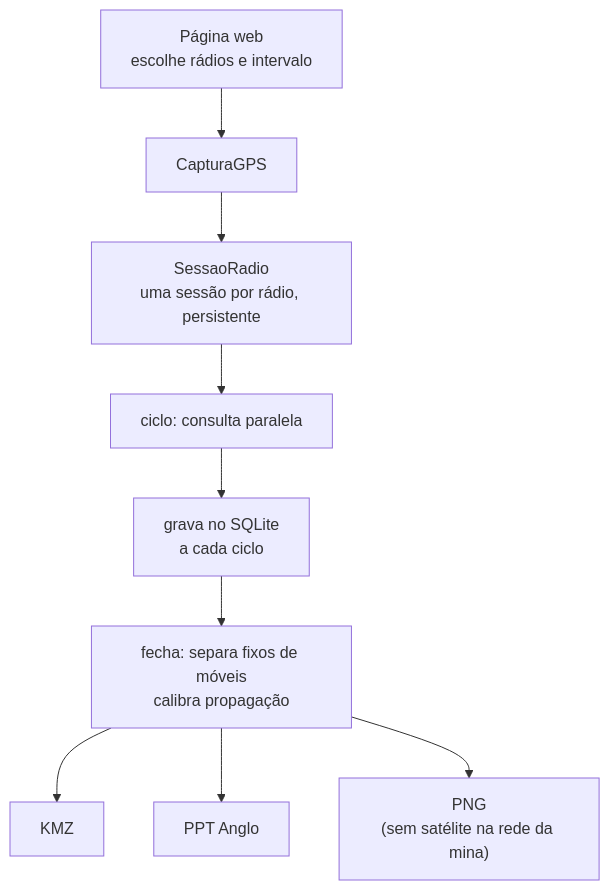
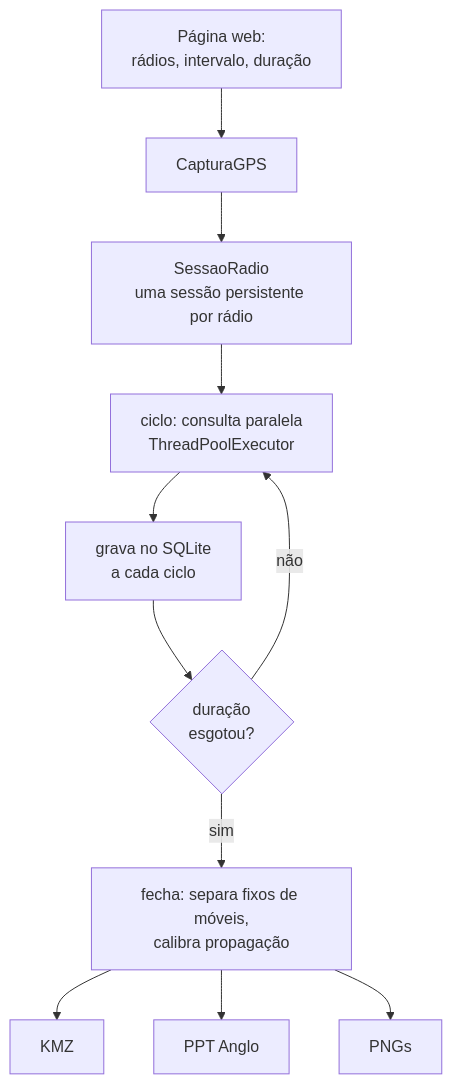
One commit to Mrluuh12/aluno changed the third of 3 diagrams in ARQUITETURA.md. Above: the diagram before and after it, drawn with Mermaid. The commit also changed other lines of this file, not shown here.

````diff
--- a/ARQUITETURA.md
+++ b/ARQUITETURA.md
@@ -217,11 +492,13 @@
 ```mermaid
 flowchart TD
-    A["Página web<br/>escolhe rádios e intervalo"] --> B[CapturaGPS]
-    B --> C["SessaoRadio<br/>uma sessão por rádio, persistente"]
-    C --> D["ciclo: consulta paralela"]
+    A["Página web:<br/>rádios, intervalo, duração"] --> B[CapturaGPS]
+    B --> C["SessaoRadio<br/>uma sessão persistente por rádio"]
+    C --> D["ciclo: consulta paralela<br/>ThreadPoolExecutor"]
     D --> E["grava no SQLite<br/>a cada ciclo"]
-    E --> F["fecha: separa fixos de móveis<br/>calibra propagação"]
-    F --> G[KMZ]
-    F --> H[PPT Anglo]
-    F --> I["PNG<br/>(sem satélite na rede da mina)"]
+    E --> F{duração<br/>esgotou?}
+    F -->|não| D
+    F -->|sim| G["fecha: separa fixos de móveis,<br/>calibra propagação"]
+    G --> H[KMZ]
+    G --> I[PPT Anglo]
+    G --> J[PNGs]
 ```
````
